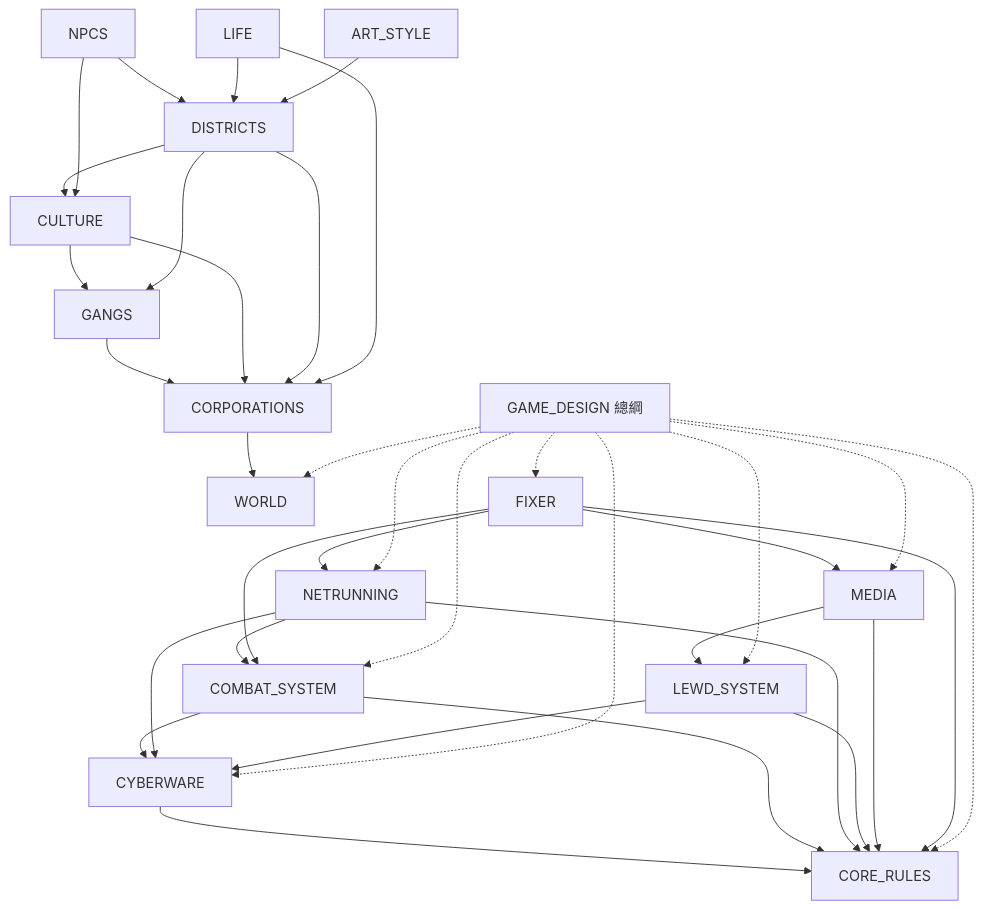
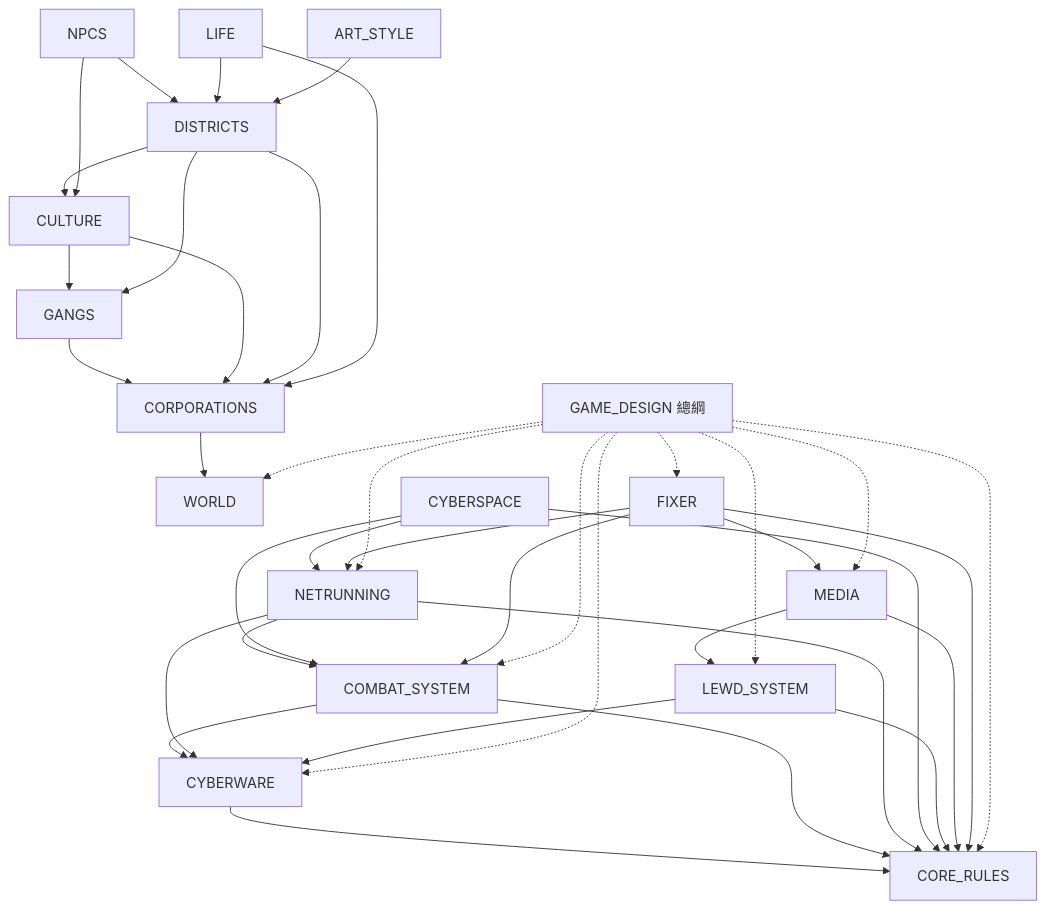
The diagram in docs/README.md (yellow630914/CyberpunkPink), drawn with Mermaid before and after one commit. The commit also changed other lines of this file and 17 other files, not shown here.

````diff
--- a/docs/README.md
+++ b/docs/README.md
@@ -45,33 +46,36 @@
 ```mermaid
 flowchart TD
   GD[GAME_DESIGN 總綱]
   WD[WORLD]
   CO[CORPORATIONS] --> WD
   GA[GANGS] --> CO
   CU[CULTURE] --> CO
   CU --> GA
   DI[DISTRICTS] --> CO
   DI --> GA
   DI --> CU
   NP[NPCS] --> DI
   LI[LIFE] --> CO
   LI --> DI
   NP --> CU
   AR[ART_STYLE] --> DI
   CR[CORE_RULES]
   CW[CYBERWARE] --> CR
   CB[COMBAT_SYSTEM] --> CR
   CB --> CW
   NR[NETRUNNING] --> CR
   NR --> CW
   NR --> CB
+  CS[CYBERSPACE] --> CR
+  CS --> NR
+  CS --> CB
   LS[LEWD_SYSTEM] --> CR
   LS --> CW
   MD[MEDIA] --> CR
   MD --> LS
   FX[FIXER] --> CR
   FX --> CB
   FX --> NR
   FX --> MD
   GD -.-> WD & CR & CW & CB & NR & LS & MD & FX
 ```
````
